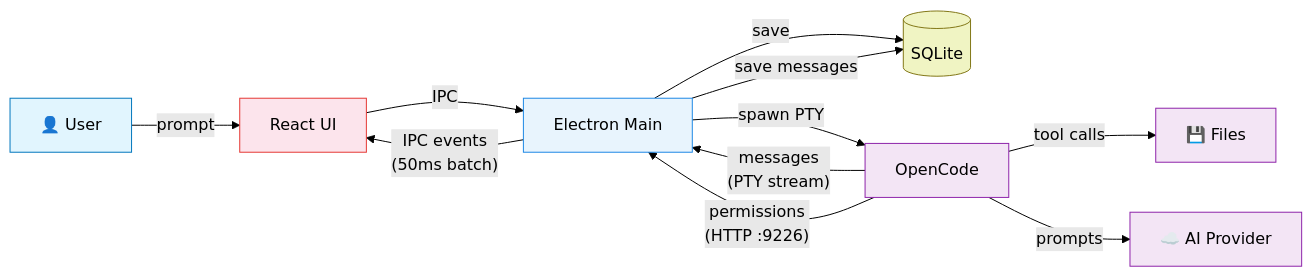
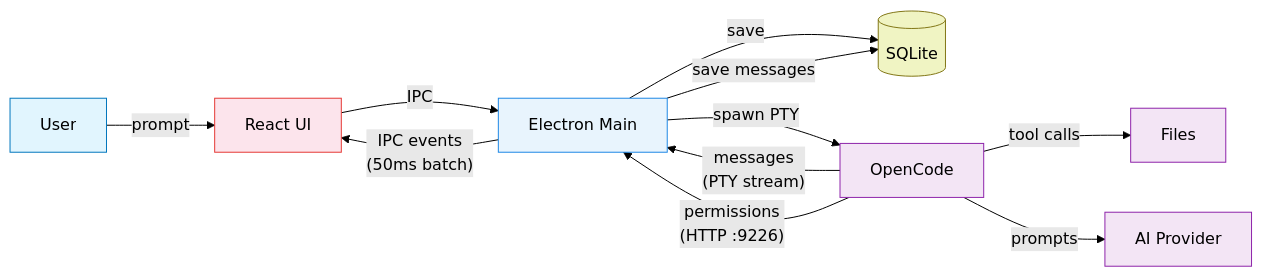
The fifth of 6 diagrams in docs/information-viewpoint-slides.md (anastomotic-ai/anastomotic), drawn with Mermaid (forest theme) before and after one commit. The commit also changed other lines of this file and 40 other files, not shown here.

````diff
--- a/docs/information-viewpoint-slides.md
+++ b/docs/information-viewpoint-slides.md
@@ -160,28 +160,28 @@
 ```mermaid
 graph LR
-  USER["👤 User"] -->|"prompt"| UI["React UI"]
+  USER["User"] -->|"prompt"| UI["React UI"]
   UI -->|"IPC"| MAIN["Electron Main"]
   MAIN -->|"save"| DB[(SQLite)]
   MAIN -->|"spawn PTY"| OC["OpenCode"]
 
   OC -->|"messages\n(PTY stream)"| MAIN
   OC -->|"permissions\n(HTTP :9226)"| MAIN
   MAIN -->|"IPC events\n(50ms batch)"| UI
 
-  OC -->|"tool calls"| FS["💾 Files"]
-  OC -->|"prompts"| AI["☁️ AI Provider"]
+  OC -->|"tool calls"| FS["Files"]
+  OC -->|"prompts"| AI["AI Provider"]
 
   MAIN -->|"save messages"| DB
 
   classDef user fill:#e1f5fe,stroke:#0277bd
   classDef ui fill:#fce4ec,stroke:#e53935
   classDef main fill:#e8f4fd,stroke:#1e88e5
   classDef ext fill:#f3e5f5,stroke:#8e24aa
   classDef db fill:#f0f4c3,stroke:#827717
 
   class USER user
   class UI ui
   class MAIN main
   class OC,FS,AI ext
   class DB db
 ```
````
